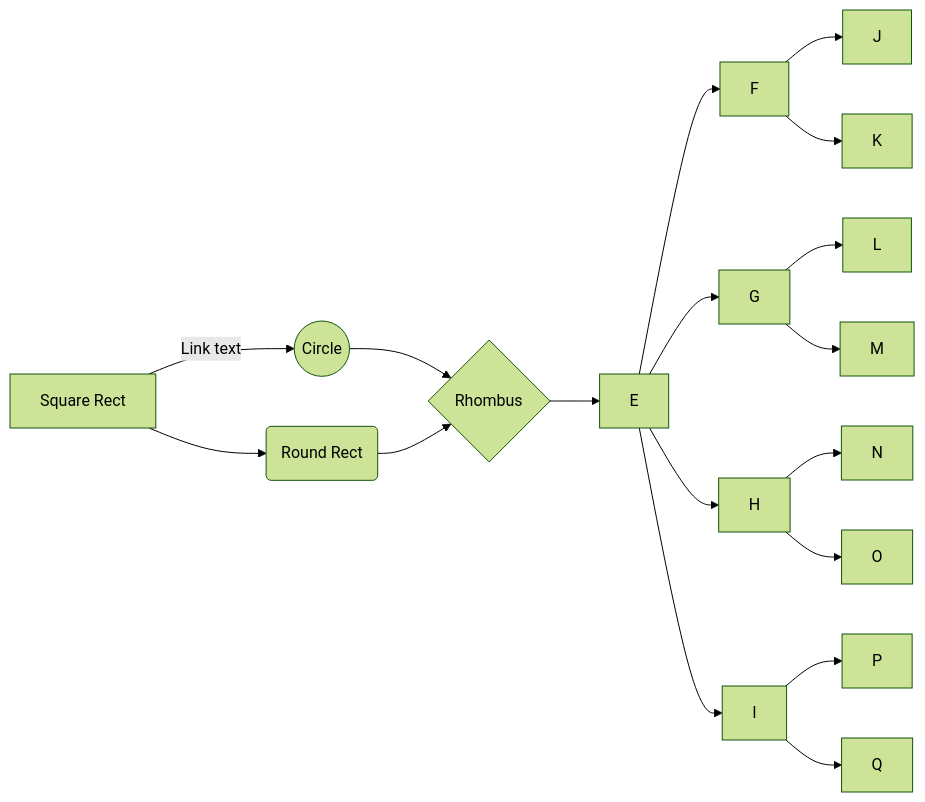
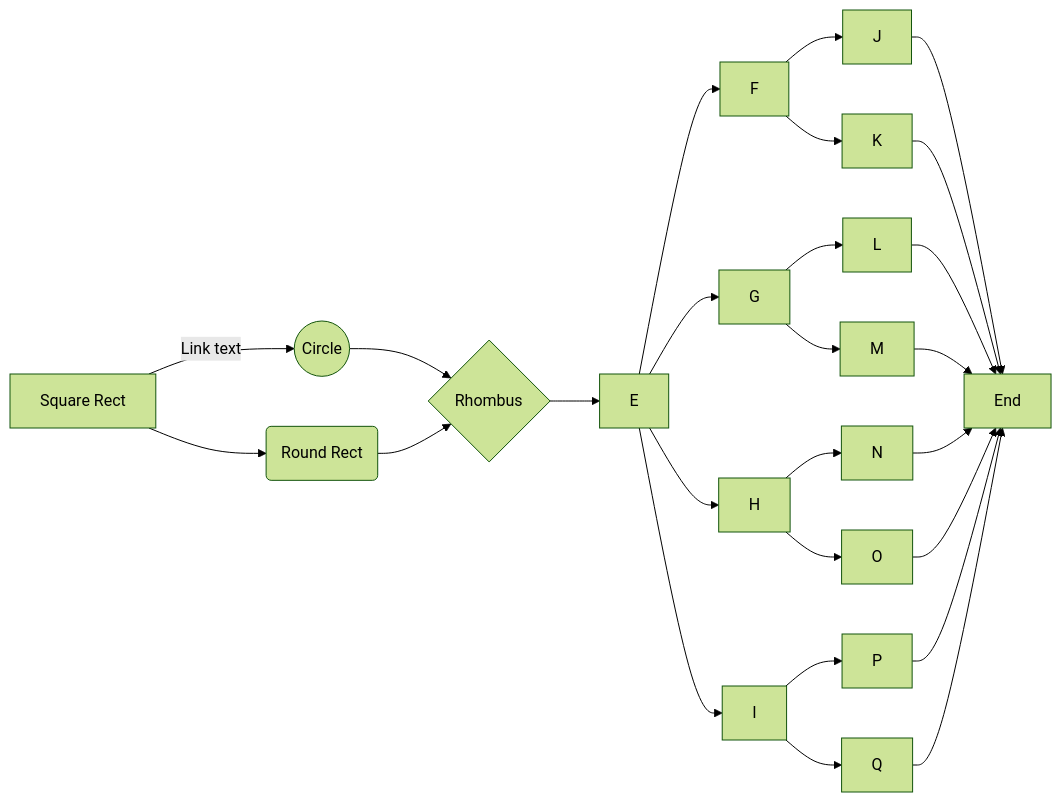
One commit to wesleyscholl/mermaid-test changed the diagram in README.md. Above: the diagram before and after it, drawn with Mermaid (forest theme).

````diff
--- a/README.md
+++ b/README.md
@@ -3,20 +3,28 @@
 ```mermaid
 graph LR
     A[Square Rect] -- Link text --> B((Circle))
     A --> C(Round Rect)
     B --> D{Rhombus}
     C --> D
     D --> E
     E --> F
     E --> G
     E --> H
     E --> I
     F --> J
     F --> K
     G --> L
     G --> M
     H --> N
     H --> O
     I --> P
     I --> Q
+    J --> End
+    K --> End
+    L --> End
+    M --> End
+    N --> End
+    O --> End
+    P --> End
+    Q --> End
 ```
````
